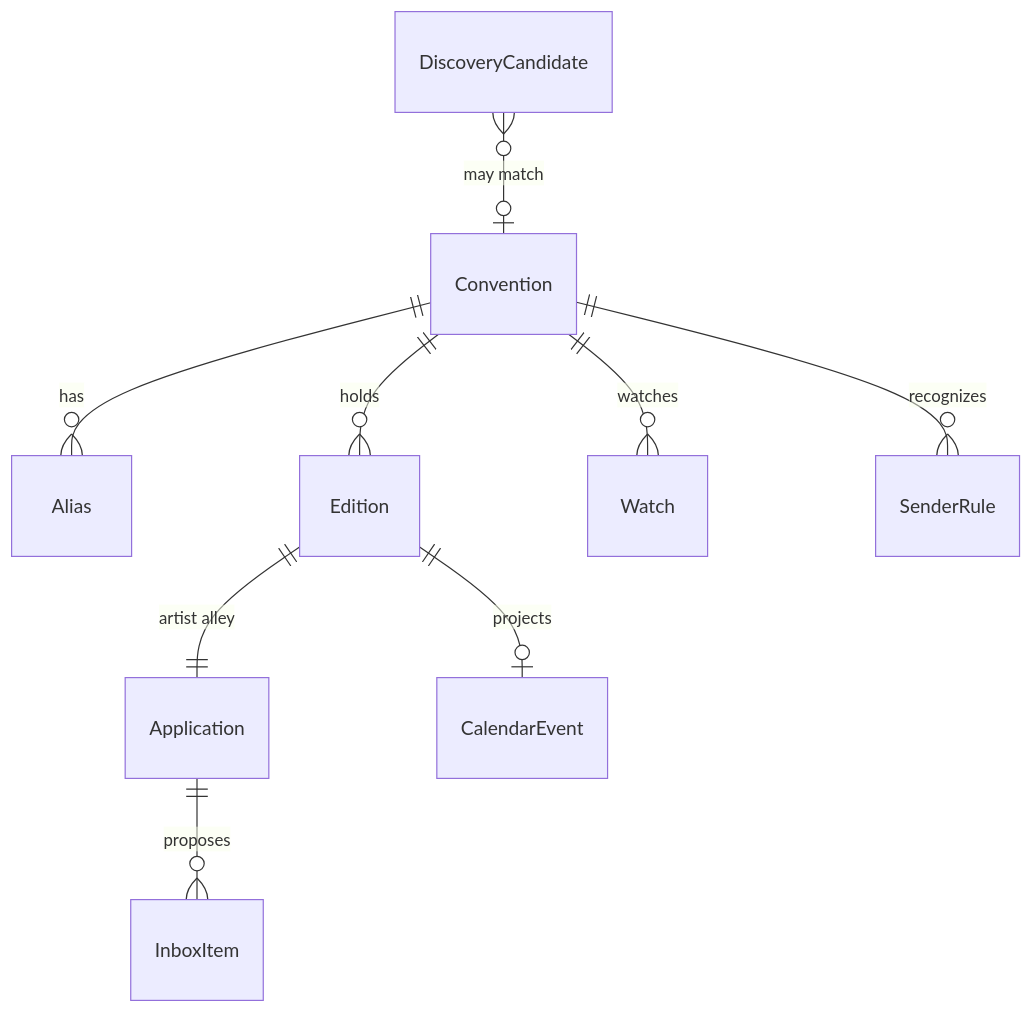
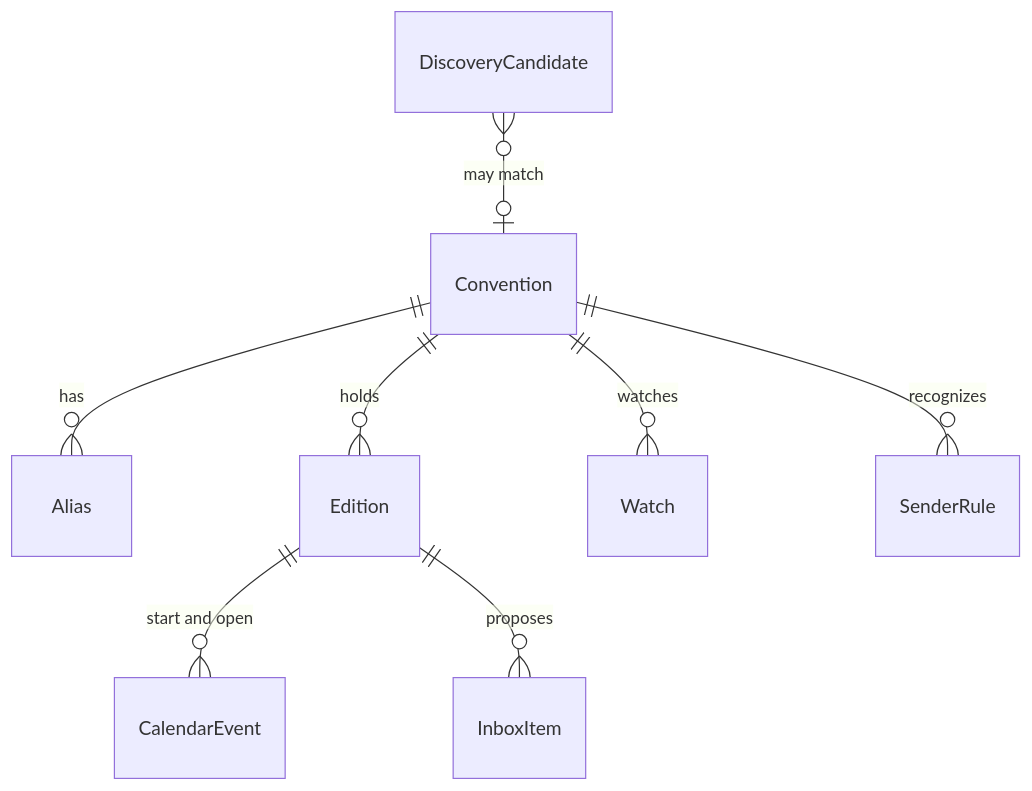
Before and after one commit to leav/expo_tracker: the second of 3 diagrams in docs/DESIGN.md, drawn with Mermaid. The commit also changed other lines of this file and 25 other files, not shown here.

````diff
--- a/docs/DESIGN.md
+++ b/docs/DESIGN.md
@@ -109,11 +109,10 @@
 ```mermaid
 erDiagram
   Convention ||--o{ Alias : has
   Convention ||--o{ Edition : holds
   Convention ||--o{ Watch : watches
-  Edition ||--|| Application : "artist alley"
-  Edition ||--o| CalendarEvent : projects
-  Application ||--o{ InboxItem : proposes
+  Edition ||--o{ CalendarEvent : "start and open"
+  Edition ||--o{ InboxItem : proposes
   Convention ||--o{ SenderRule : recognizes
   DiscoveryCandidate }o--o| Convention : "may match"
 ```
````
